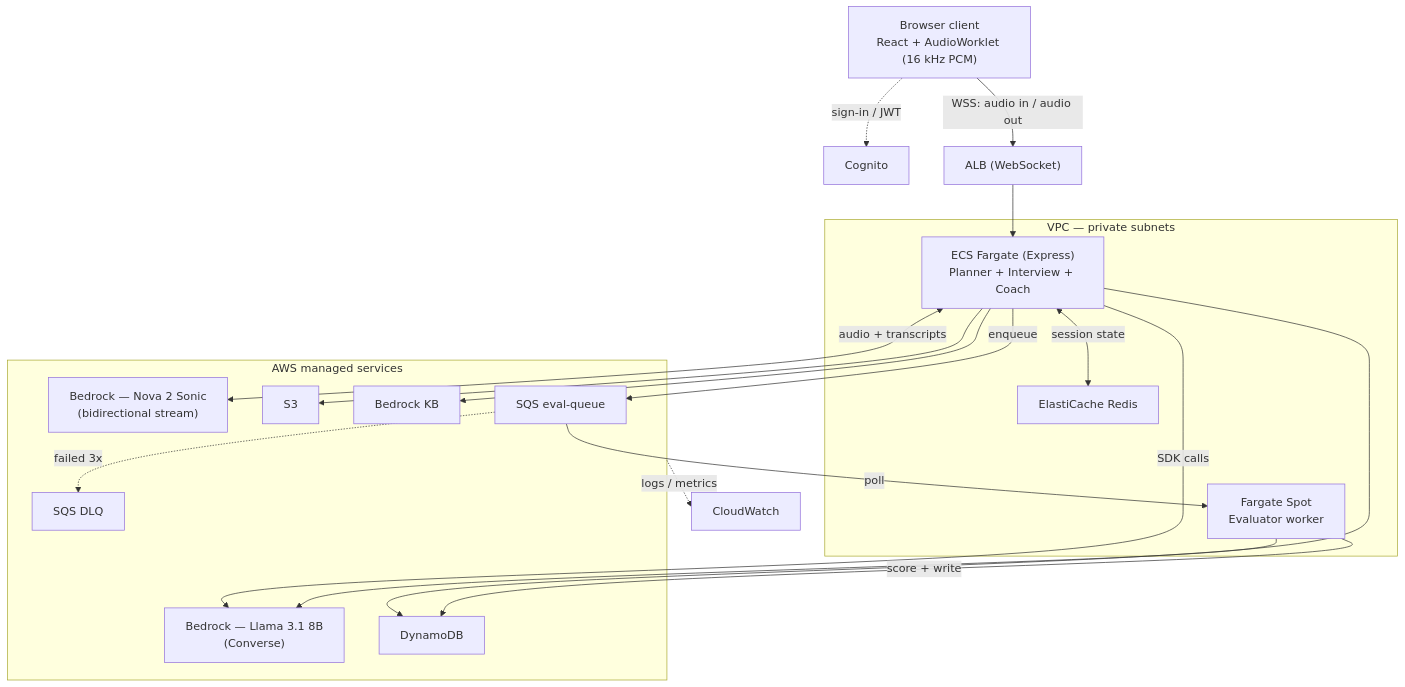
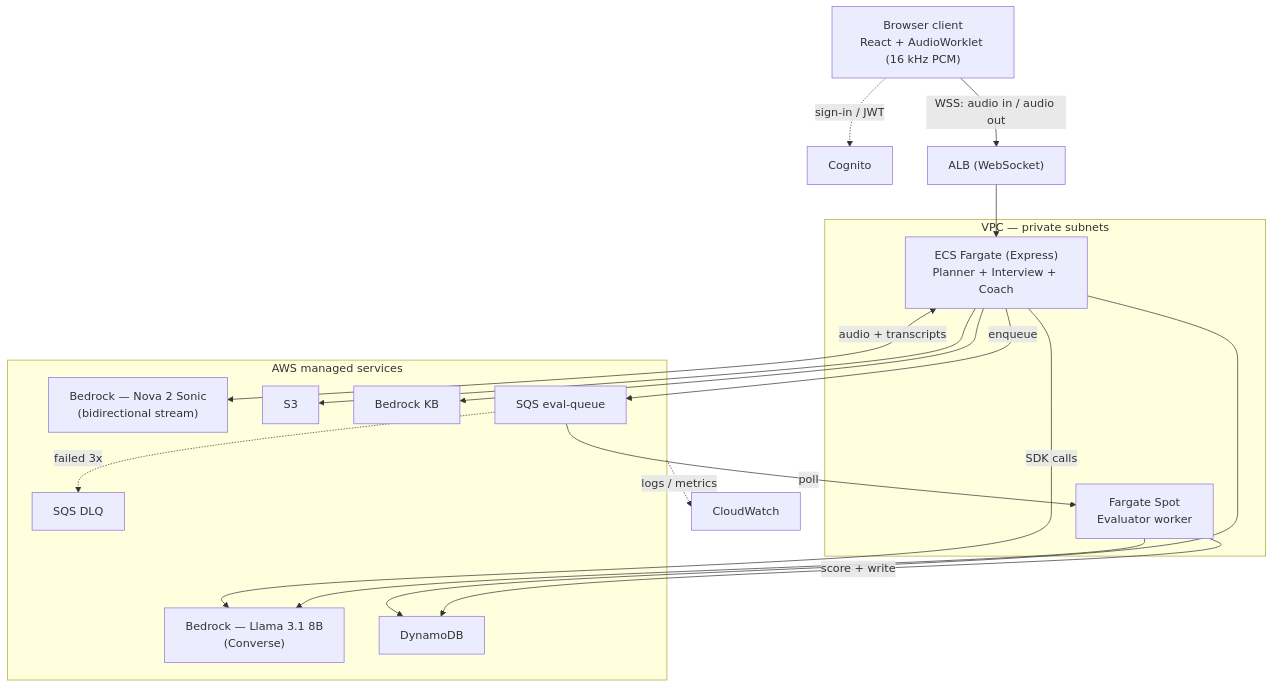
The diagram in my-turborepo/docs/architecture/Overview.md (Tharun2331/Mock_Interview_Platform), drawn with Mermaid before and after one commit. The commit also changed other lines of this file and 8 other files, not shown here.

````diff
--- a/my-turborepo/docs/architecture/Overview.md
+++ b/my-turborepo/docs/architecture/Overview.md
@@ -101,37 +103,35 @@
 ```mermaid
 flowchart TB
     Client["Browser client<br/>React + AudioWorklet (16 kHz PCM)"] -.->|sign-in / JWT| Cognito["Cognito"]
     Client -->|WSS: audio in / audio out| ALB["ALB (WebSocket)"]
 
     subgraph VPC["VPC — private subnets"]
         ECS["ECS Fargate (Express)<br/>Planner + Interview + Coach"]
-        Redis["ElastiCache Redis"]
         Worker["Fargate Spot<br/>Evaluator worker"]
-        ECS <-->|session state| Redis
     end
 
     ALB --> ECS
 
     subgraph AWS["AWS managed services"]
         Sonic["Bedrock — Nova 2 Sonic<br/>(bidirectional stream)"]
         Bedrock["Bedrock — Llama 3.1 8B<br/>(Converse)"]
         DynamoDB
         S3
         KB["Bedrock KB"]
         SQS["SQS eval-queue"]
         DLQ["SQS DLQ"]
     end
 
     ECS <-->|audio + transcripts| Sonic
     ECS -->|SDK calls| Bedrock
     ECS --> DynamoDB
     ECS --> S3
     ECS --> KB
     ECS -->|enqueue| SQS
     SQS -->|poll| Worker
     Worker -->|score + write| DynamoDB
     Worker --> Bedrock
     SQS -.->|failed 3x| DLQ
 
     AWS -.->|logs / metrics| CloudWatch
 ```
````
